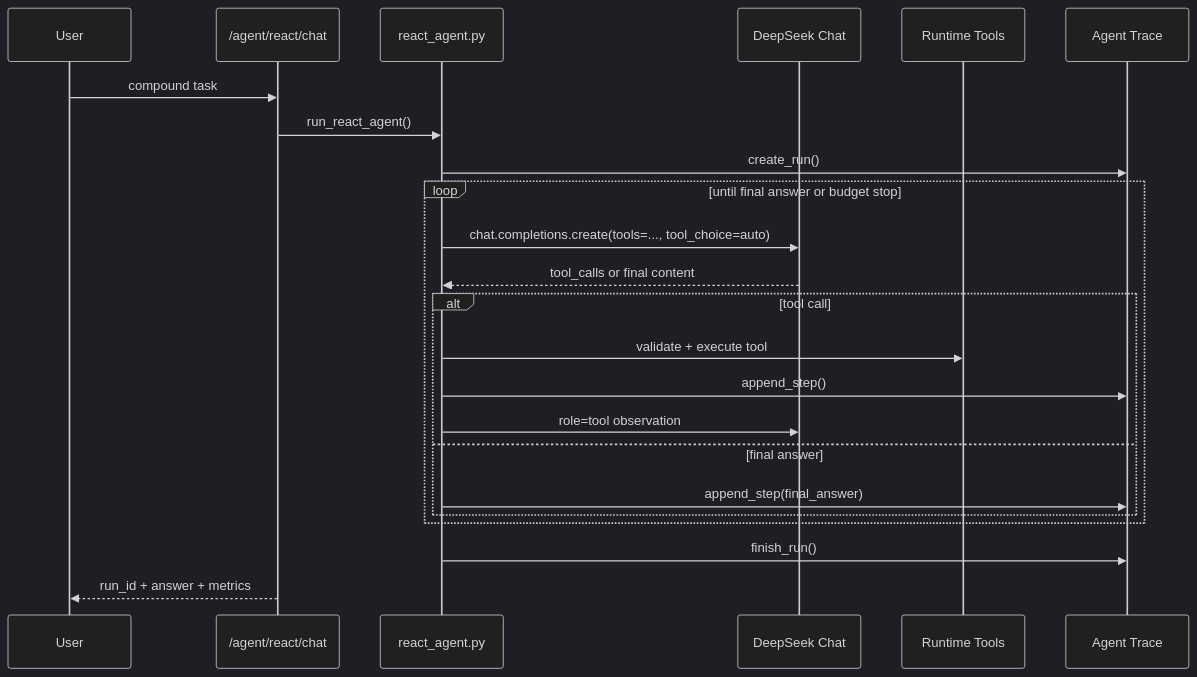
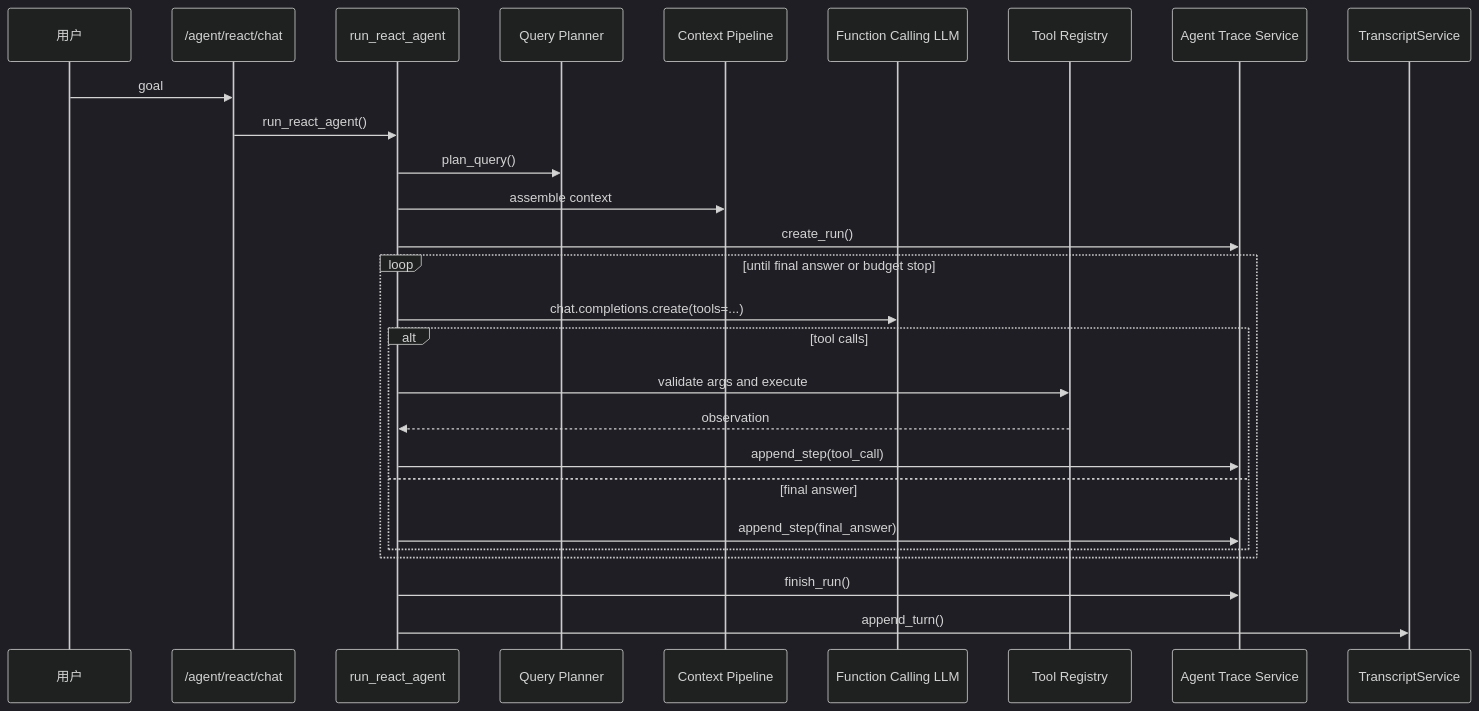
The third of 3 diagrams in docs/PROJECT_DOCUMENTATION.md (studyzhige-ui/Interview_Copilot), drawn with Mermaid (dark theme) before and after one commit. The commit also changed other lines of this file and 64 other files, not shown here.

````diff
--- a/docs/PROJECT_DOCUMENTATION.md
+++ b/docs/PROJECT_DOCUMENTATION.md
@@ -519,26 +597,30 @@
 ```mermaid
 sequenceDiagram
-    participant U as User
+    participant User as 用户
     participant API as /agent/react/chat
-    participant A as react_agent.py
-    participant L as DeepSeek Chat
-    participant T as Runtime Tools
-    participant TR as Agent Trace
+    participant React as run_react_agent
+    participant Planner as Query Planner
+    participant Context as Context Pipeline
+    participant LLM as Function Calling LLM
+    participant Tools as Tool Registry
+    participant Trace as Agent Trace Service
+    participant Transcript as TranscriptService
 
-    U->>API: compound task
-    API->>A: run_react_agent()
-    A->>TR: create_run()
+    User->>API: goal
+    API->>React: run_react_agent()
+    React->>Planner: plan_query()
+    React->>Context: assemble context
+    React->>Trace: create_run()
     loop until final answer or budget stop
-        A->>L: chat.completions.create(tools=..., tool_choice=auto)
-        L-->>A: tool_calls or final content
-        alt tool call
-            A->>T: validate + execute tool
-            A->>TR: append_step()
-            A->>L: role=tool observation
+        React->>LLM: chat.completions.create(tools=...)
+        alt tool calls
+            React->>Tools: validate args and execute
+            Tools-->>React: observation
+            React->>Trace: append_step(tool_call)
         else final answer
-            A->>TR: append_step(final_answer)
+            React->>Trace: append_step(final_answer)
         end
     end
-    A->>TR: finish_run()
-    API-->>U: run_id + answer + metrics
+    React->>Trace: finish_run()
+    React->>Transcript: append_turn()
 ```
````
